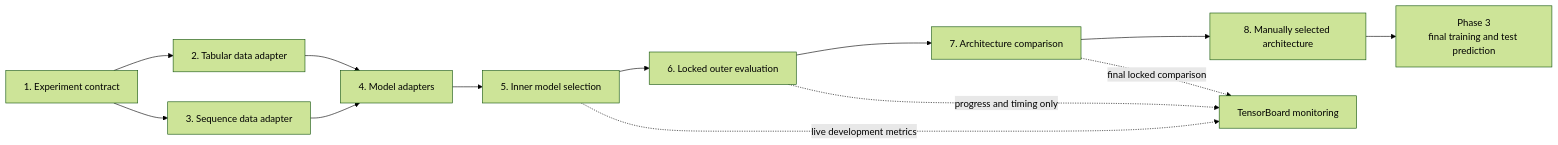
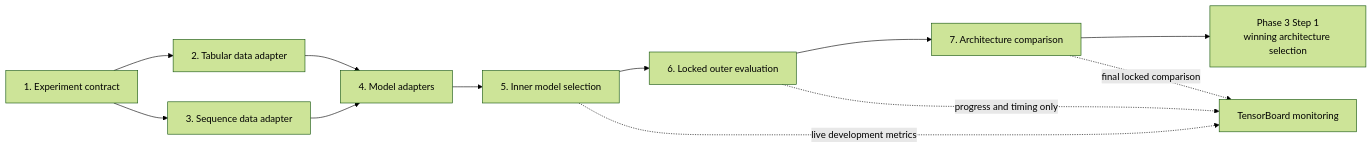
The fourth of 4 diagrams in literature_and_planning/development_documentation/phase_2_modelArchitectureStudy.md (JoestHomann/UAV-RUL-Estimation), drawn with Mermaid (forest theme) before and after one commit. The commit also changed other lines of this file and 22 other files, not shown here.

First line of the commit message:
feat: implement Phase 3 final training and inference pipeline

````diff
--- a/literature_and_planning/development_documentation/phase_2_modelArchitectureStudy.md
+++ b/literature_and_planning/development_documentation/phase_2_modelArchitectureStudy.md
@@ -464,15 +464,14 @@
 ```mermaid
 flowchart LR
     S1["1. Experiment contract"] --> S2["2. Tabular data adapter"]
     S1 --> S3["3. Sequence data adapter"]
     S2 --> S4["4. Model adapters"]
     S3 --> S4
     S4 --> S5["5. Inner model selection"]
     S5 --> S6["6. Locked outer evaluation"]
     S6 --> S7["7. Architecture comparison"]
-    S7 --> S8["8. Manually selected architecture"]
-    S8 --> P3["Phase 3<br/>final training and test prediction"]
+    S7 --> P3["Phase 3 Step 1<br/>winning architecture selection"]
     S5 -.->|live development metrics| TB["TensorBoard monitoring"]
     S6 -.->|progress and timing only| TB
     S7 -.->|final locked comparison| TB
 ```
````
